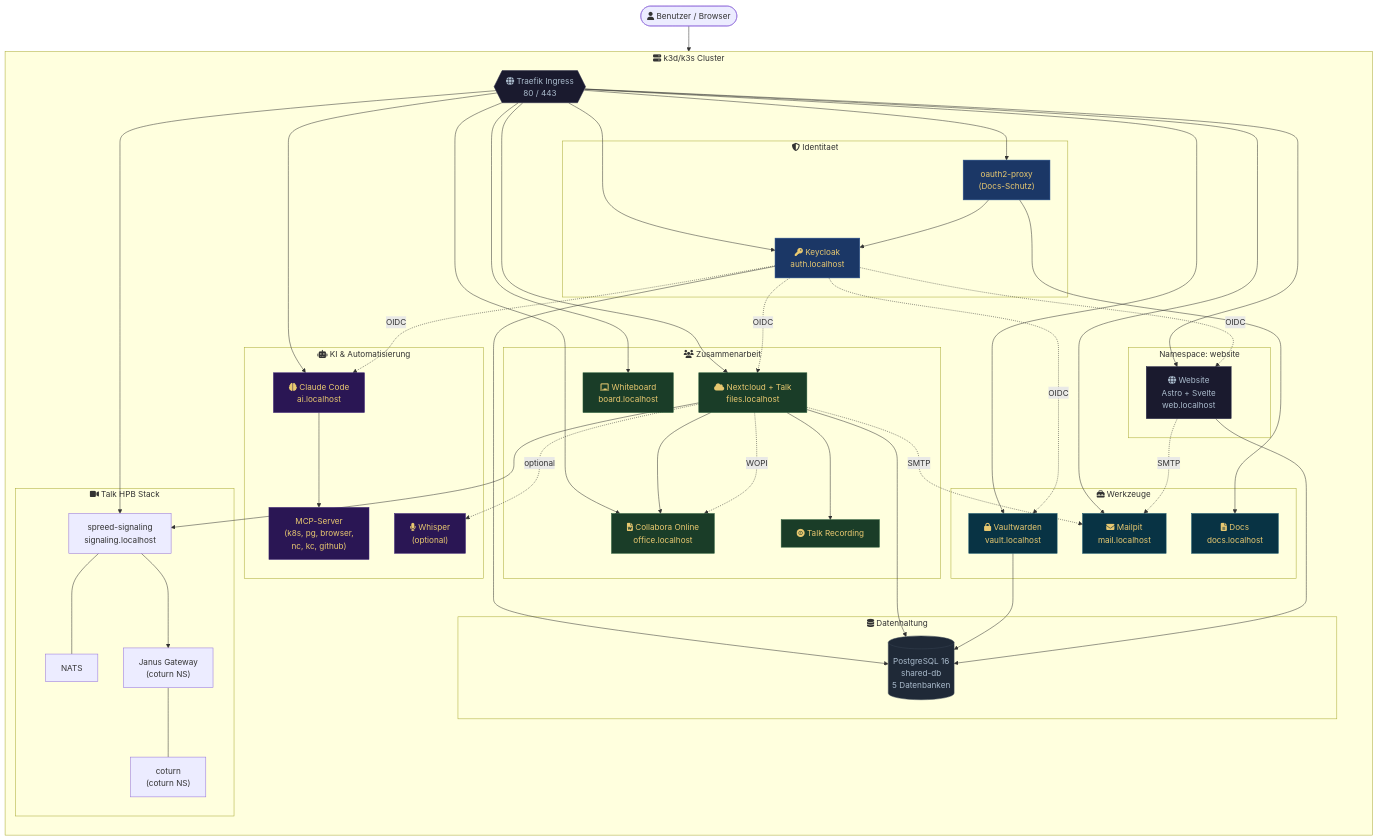
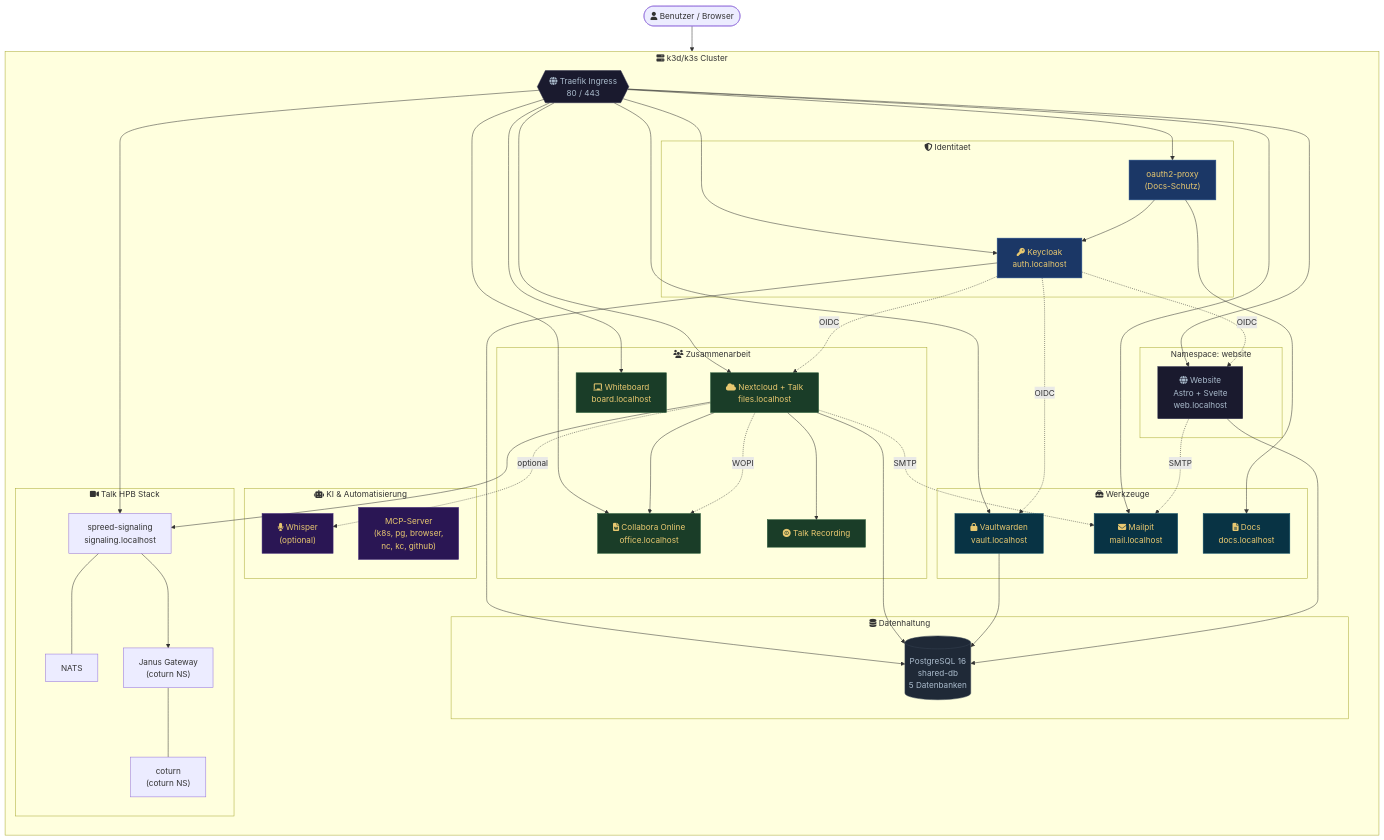
The first of 5 diagrams in k3d/docs-content/architecture.md (Paddione/Bachelorprojekt), drawn with Mermaid before and after one commit. The commit also changed other lines of this file and 33 other files, not shown here.

```diff
--- a/k3d/docs-content/architecture.md
+++ b/k3d/docs-content/architecture.md
@@ -52,7 +52,6 @@
         end
 
         subgraph ai ["fa:fa-robot KI & Automatisierung"]
-            OC["fa:fa-brain Claude Code\nai.localhost"]
             WHISPER["fa:fa-microphone Whisper\n(optional)"]
             MCP["MCP-Server\n(k8s, pg, browser,\nnc, kc, github)"]
         end
@@ -74,11 +73,11 @@
 
     %% Ingress
     User --> Traefik
-    Traefik --> KC & NC & CO & SIG & OC & VW & WB & MP & OAUTH2 & WEB
+    Traefik --> KC & NC & CO & SIG & VW & WB & MP & OAUTH2 & WEB
     OAUTH2 --> DOCS
 
     %% OIDC
-    KC -. "OIDC" .-> NC & OC & VW & WEB
+    KC -. "OIDC" .-> NC & VW & WEB
     OAUTH2 --> KC
 
     %% Zusammenarbeit
@@ -91,7 +90,6 @@
     JANUS --- COTURN
 
     %% KI
-    OC --> MCP
     NC -. "optional" .-> WHISPER
 
     %% Datenbanken
@@ -108,7 +106,6 @@
     click KC "#/keycloak" "Keycloak: Zentraler OIDC Identity Provider. Verwaltet Benutzer, Rollen und OIDC-Clients."
     click NC "#/services?id=nextcloud-dateien-talk" "Nextcloud: Dateiverwaltung, Kalender, Kontakte, Talk-Videokonferenzen."
     click CO "#/services?id=collabora-online-office" "Collabora Online: LibreOffice-basierter Browser-Editor via WOPI."
-    click OC "#/services?id=claude-code-ki-assistent" "Claude Code: KI-Assistent mit MCP-Servern fuer Cluster-Management."
     click VW "#/services?id=vaultwarden-passwoerter" "Vaultwarden: Self-hosted Bitwarden-kompatibler Passwort-Manager."
     click WB "#/services?id=whiteboard" "Whiteboard: Echtzeit-Kollaborations-Whiteboard."
     click MP "#/services?id=mailpit-dev-mail" "Mailpit: SMTP-Testserver fuer Entwicklung."
@@ -127,7 +124,7 @@
 
     class KC,OAUTH2 identity_style
     class NC,CO,WB,REC collab_style
-    class OC,MCP,WHISPER ai_style
+    class MCP,WHISPER ai_style
     class DB data_style
     class VW,MP,DOCS tools_style
     class Traefik,WEB infra_style
```
